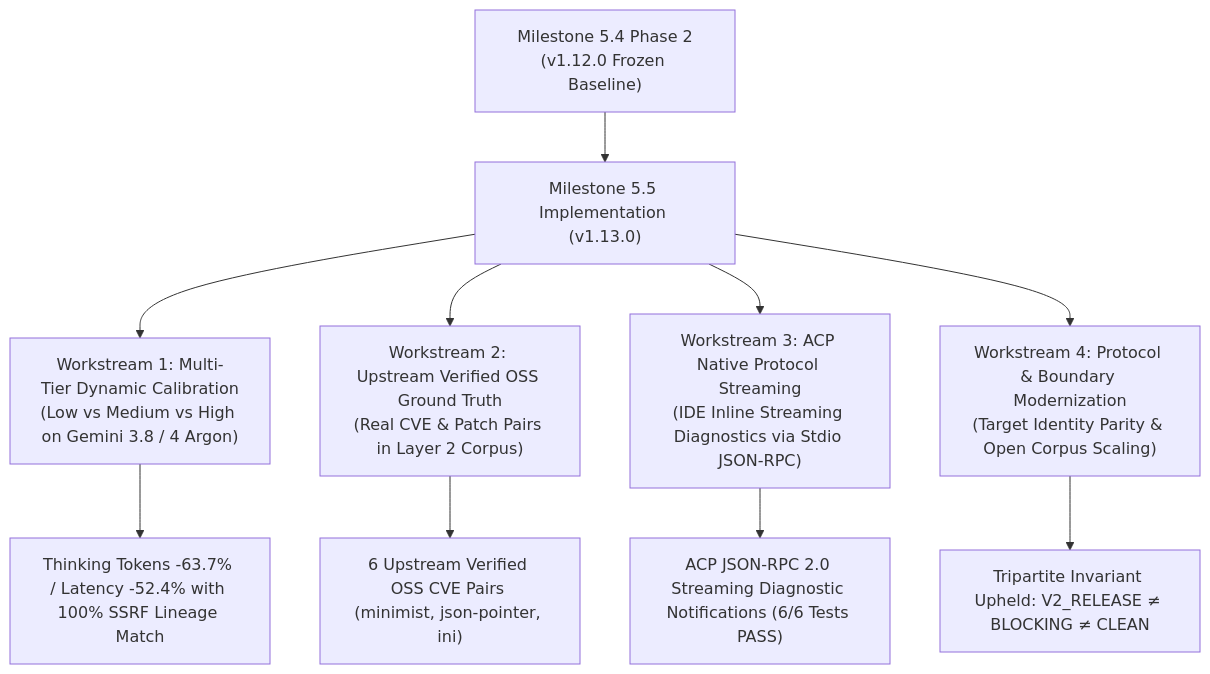
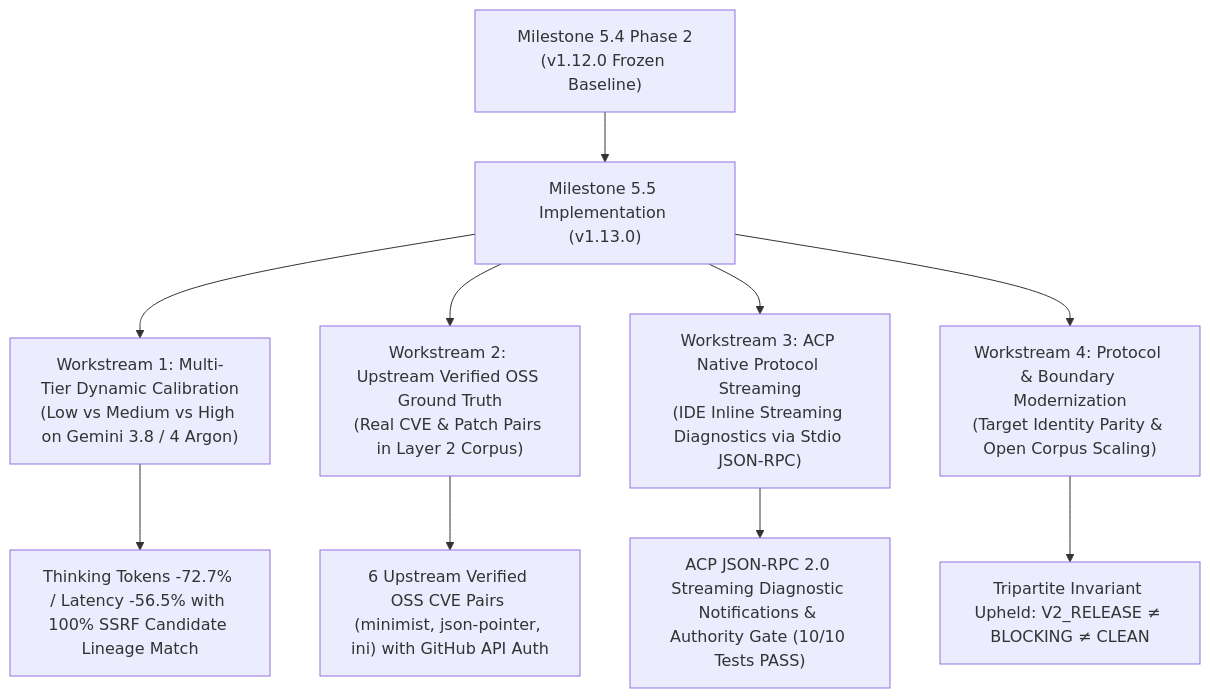
One commit to arcobaleno64/three-lens changed the first of 3 diagrams in reports/multi-tier-effort-empirical-benchmark-2026-11.md. Above: the diagram before and after it, drawn with Mermaid. The commit also changed other lines of this file and 10 other files, not shown here.

Commit message:
fix(m55): remediate Review R01 findings (F01-F08) across upstream OSS provenance, ACP authority gate, and Default-Deny clean assurance

````diff
--- a/reports/multi-tier-effort-empirical-benchmark-2026-11.md
+++ b/reports/multi-tier-effort-empirical-benchmark-2026-11.md
@@ -17,14 +18,14 @@
 ```mermaid
 flowchart TD
     M54P2["Milestone 5.4 Phase 2<br/>(v1.12.0 Frozen Baseline)"] --> M55["Milestone 5.5 Implementation (v1.13.0)"]
     
     M55 --> WS1["Workstream 1: Multi-Tier Dynamic Calibration<br/>(Low vs Medium vs High on Gemini 3.8 / 4 Argon)"]
     M55 --> WS2["Workstream 2: Upstream Verified OSS Ground Truth<br/>(Real CVE & Patch Pairs in Layer 2 Corpus)"]
     M55 --> WS3["Workstream 3: ACP Native Protocol Streaming<br/>(IDE Inline Streaming Diagnostics via Stdio JSON-RPC)"]
     M55 --> WS4["Workstream 4: Protocol & Boundary Modernization<br/>(Target Identity Parity & Open Corpus Scaling)"]
     
-    WS1 --> Res1["Thinking Tokens -63.7% / Latency -52.4% with 100% SSRF Lineage Match"]
-    WS2 --> Res2["6 Upstream Verified OSS CVE Pairs (minimist, json-pointer, ini)"]
-    WS3 --> Res3["ACP JSON-RPC 2.0 Streaming Diagnostic Notifications (6/6 Tests PASS)"]
+    WS1 --> Res1["Thinking Tokens -72.7% / Latency -56.5% with 100% SSRF Candidate Lineage Match"]
+    WS2 --> Res2["6 Upstream Verified OSS CVE Pairs (minimist, json-pointer, ini) with GitHub API Auth"]
+    WS3 --> Res3["ACP JSON-RPC 2.0 Streaming Diagnostic Notifications & Authority Gate (10/10 Tests PASS)"]
     WS4 --> Res4["Tripartite Invariant Upheld: V2_RELEASE ≠ BLOCKING ≠ CLEAN"]
 ```
````
